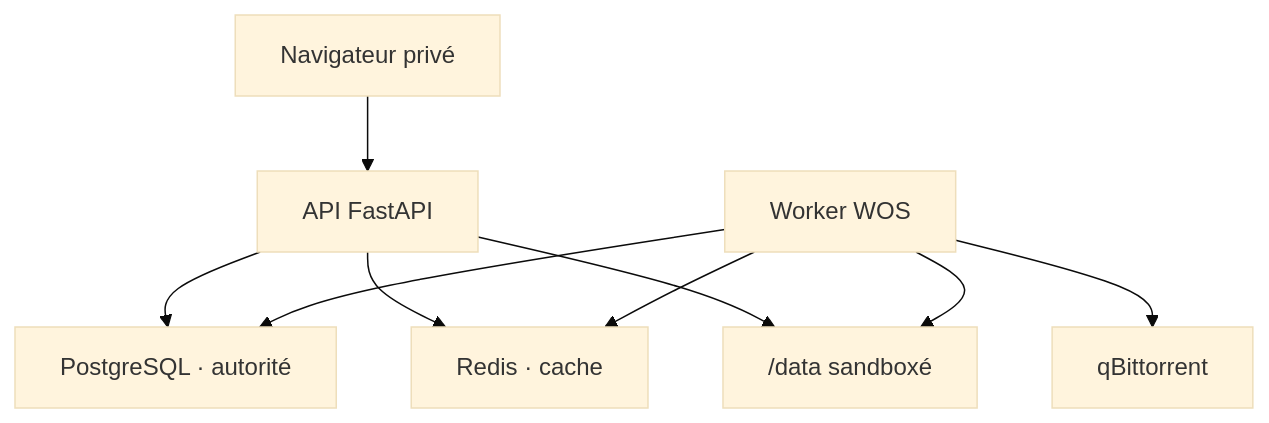
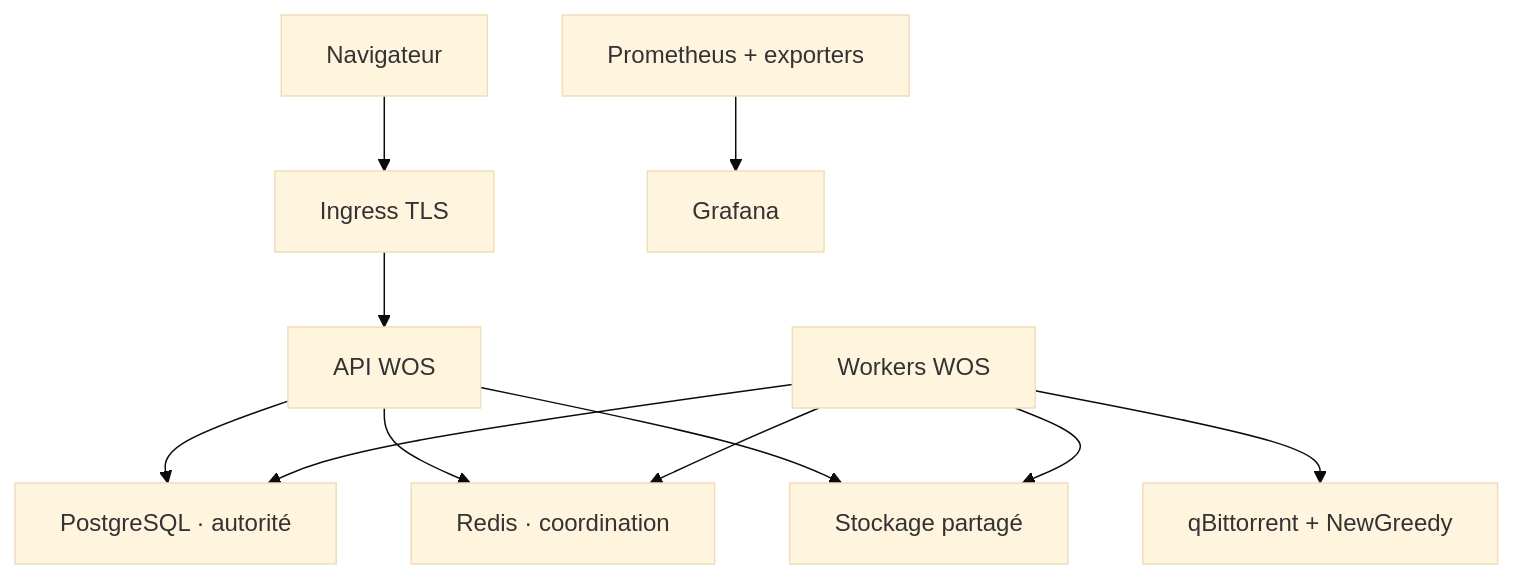
Before and after one commit to ThomasPerez91/World-of-Seeds: the diagram in docs/architecture-v2.md, drawn with Mermaid (base theme). The commit also changed other lines of this file and 5 other files, not shown here.

Commit message:
docs: préparer l’architecture et la roadmap V2

````diff
--- a/docs/architecture-v2.md
+++ b/docs/architecture-v2.md
@@ -14,11 +23,13 @@
 ```mermaid
 flowchart TB
-    Browser["Navigateur privé"] --> API["API FastAPI"]
+    Browser["Navigateur"] --> Ingress["Ingress TLS"]
+    Ingress --> API["API WOS"]
     API --> PG["PostgreSQL · autorité"]
-    API --> Redis["Redis · cache"]
-    Worker["Worker WOS"] --> PG
+    API --> Redis["Redis · coordination"]
+    Worker["Workers WOS"] --> PG
     Worker --> Redis
-    Worker --> QB["qBittorrent"]
-    API --> Data["/data sandboxé"]
-    Worker --> Data
+    Worker --> Services["qBittorrent + NewGreedy"]
+    API --> Storage["Stockage partagé"]
+    Worker --> Storage
+    Metrics["Prometheus + exporters"] --> Grafana["Grafana"]
 ```
````
